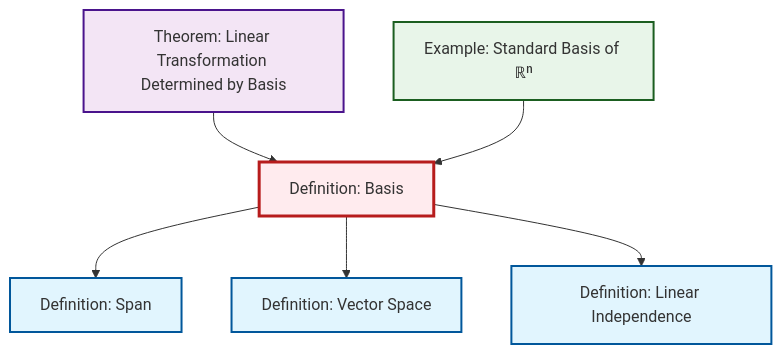
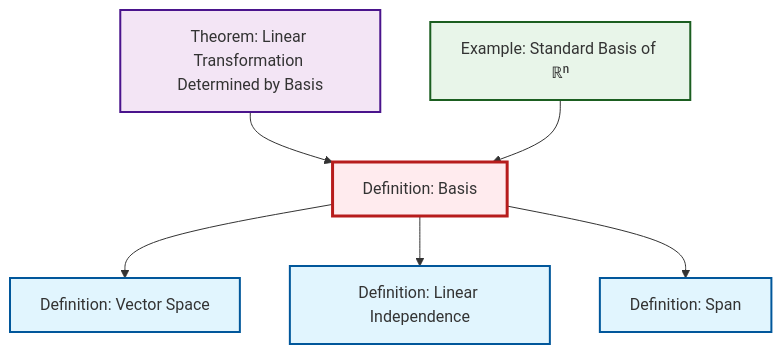
The diagram in content/en/algebra/def-basis.qmd (RK0429/ModernMath), drawn with Mermaid before and after one commit. The commit also changed 511 other files, not shown here.

````diff
--- a/content/en/algebra/def-basis.qmd
+++ b/content/en/algebra/def-basis.qmd
@@ -48,27 +48,21 @@
 ```{mermaid}
 %%| fig-cap: "Local dependency graph"
 graph TD
     classDef definition fill:#e1f5fe,stroke:#01579b,stroke-width:2px
     classDef theorem fill:#f3e5f5,stroke:#4a148c,stroke-width:2px
     classDef axiom fill:#fff3e0,stroke:#e65100,stroke-width:2px
     classDef example fill:#e8f5e9,stroke:#1b5e20,stroke-width:2px
     classDef current fill:#ffebee,stroke:#b71c1c,stroke-width:3px
+    def-span["Definition: Span"]:::definition
     def-basis["Definition: Basis"]:::definition
-    def-span["Definition: Span"]:::definition
+    thm-linear-transformation-basis["Theorem: Linear Transformation Determined by Basis"]:::theorem
     ex-standard-basis-rn["Example: Standard Basis of ℝⁿ"]:::example
-    thm-linear-transformation-basis["Theorem: Linear Transformation Determined by Basis"]:::theorem
+    def-linear-independence["Definition: Linear Independence"]:::definition
     def-vector-space["Definition: Vector Space"]:::definition
-    def-linear-independence["Definition: Linear Independence"]:::definition
+    def-basis --> def-vector-space
+    thm-linear-transformation-basis --> def-basis
+    def-basis --> def-linear-independence
     def-basis --> def-span
-    thm-linear-transformation-basis --> def-basis
     ex-standard-basis-rn --> def-basis
-    def-basis --> def-vector-space
-    def-basis --> def-linear-independence
     class def-basis current
-
-    click def-span "def-span.html" "Go to Span definition"
-    click ex-standard-basis-rn "ex-standard-basis-rn.html" "Go to Standard Basis of ℝⁿ example"
-    click thm-linear-transformation-basis "thm-linear-transformation-basis.html" "Go to Linear Transformation Determined by Basis theorem"
-    click def-vector-space "def-vector-space.html" "Go to Vector Space definition"
-    click def-linear-independence "def-linear-independence.html" "Go to Linear Independence definition"
 ```
````
